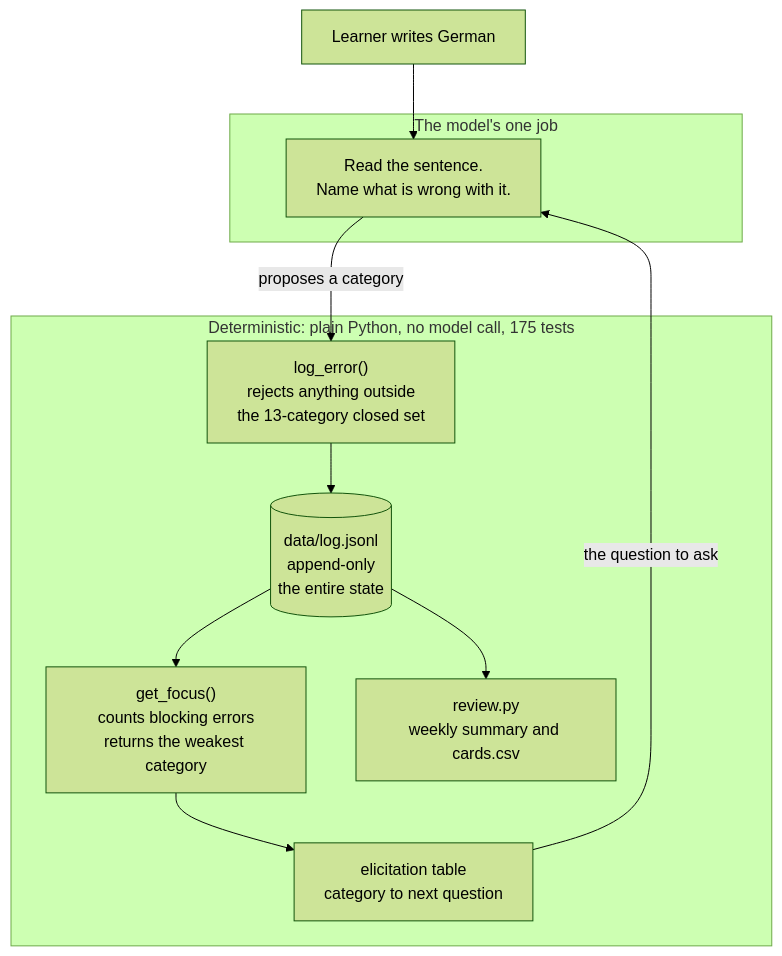
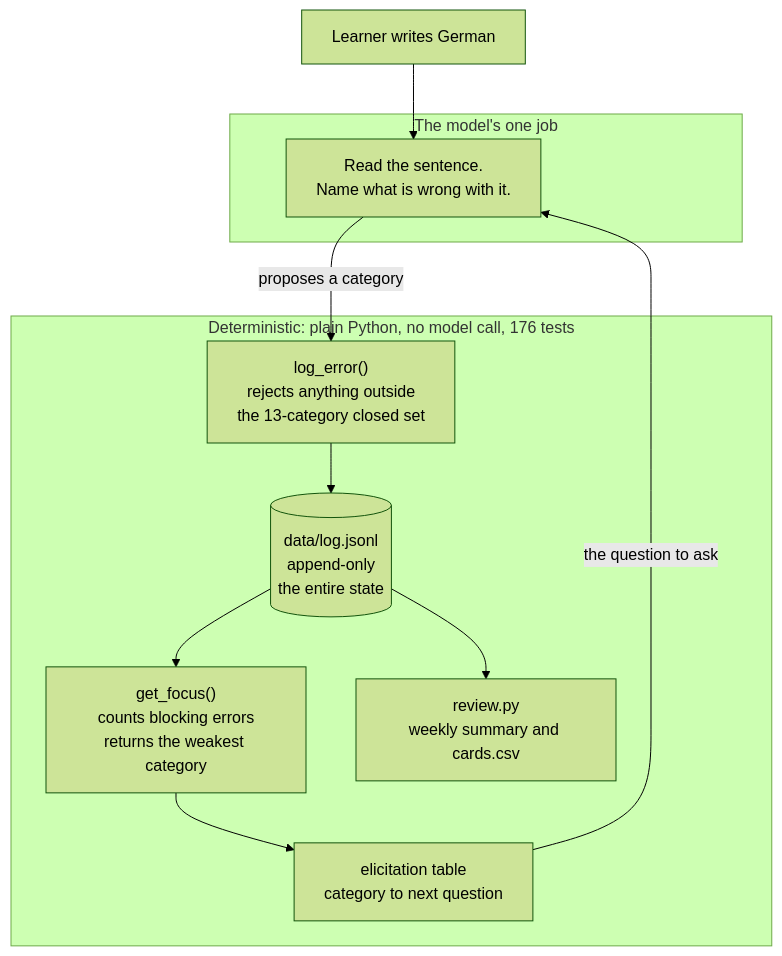
Before and after one commit to ampaduchris/german-b1-tutor: the diagram in README.md, drawn with Mermaid (forest theme). The commit also changed other lines of this file and 2 other files, not shown here.

````diff
--- a/README.md
+++ b/README.md
@@ -30,22 +30,22 @@
 ```mermaid
 flowchart TD
     subgraph MODEL["The model's one job"]
         M["Read the sentence.<br/>Name what is wrong with it."]
     end
 
-    subgraph DET["Deterministic: plain Python, no model call, 175 tests"]
+    subgraph DET["Deterministic: plain Python, no model call, 176 tests"]
         V["log_error()<br/>rejects anything outside<br/>the 13-category closed set"]
         LOG[("data/log.jsonl<br/>append-only<br/>the entire state")]
         F["get_focus()<br/>counts blocking errors<br/>returns the weakest category"]
         T["elicitation table<br/>category to next question"]
         R["review.py<br/>weekly summary and cards.csv"]
     end
 
     L["Learner writes German"] --> M
     M -->|proposes a category| V
     V --> LOG
     LOG --> F
     F --> T
     LOG --> R
     T -->|the question to ask| M
 ```
````
